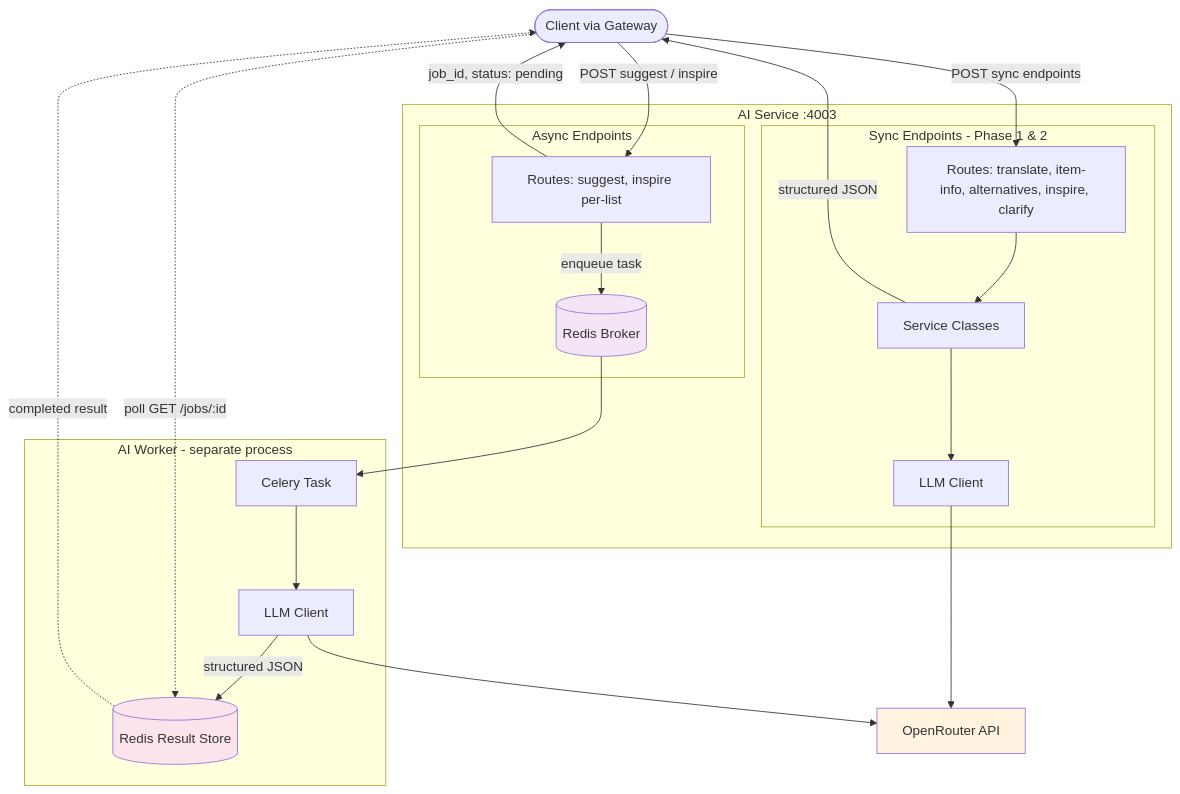
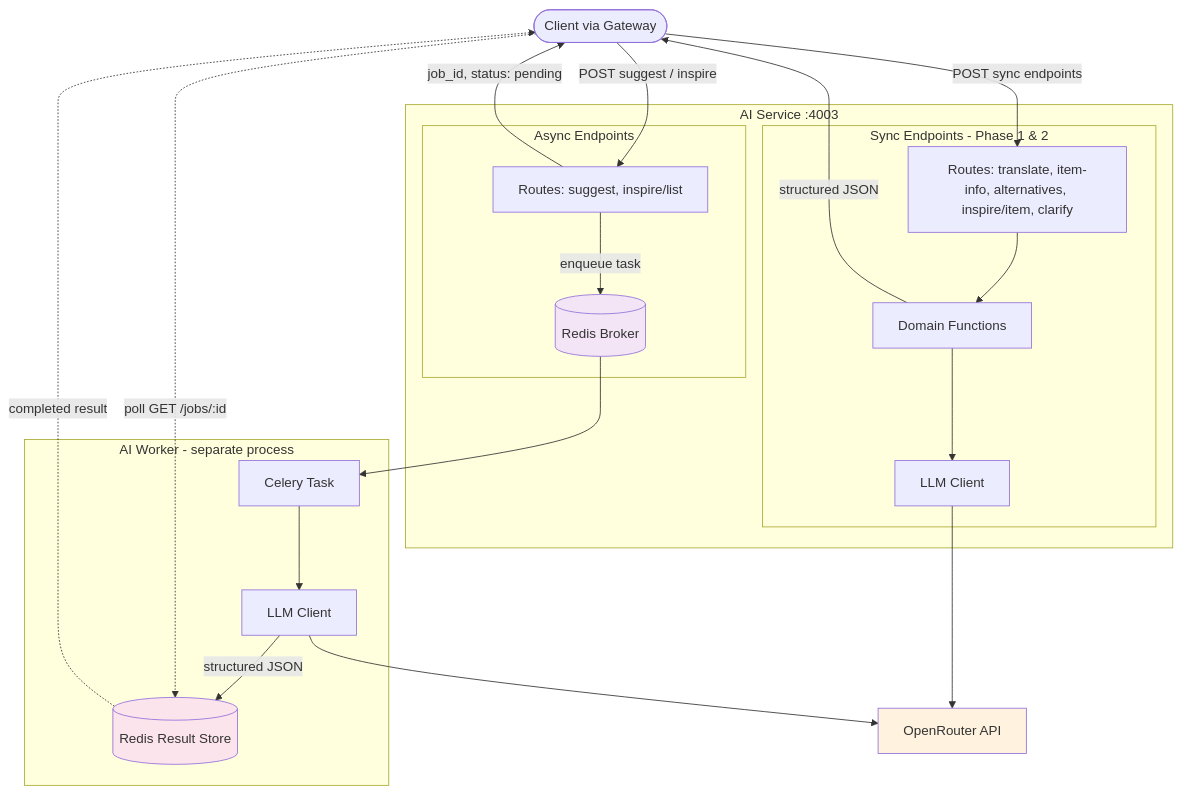
One commit to iDako7/SmartGroceryAssistant changed the first of 3 diagrams in services/ai-service/docs_AI_service/phased_plan.md. Above: the diagram before and after it, drawn with Mermaid. The commit also changed other lines of this file and 7 other files, not shown here.

````diff
--- a/services/ai-service/docs_AI_service/phased_plan.md
+++ b/services/ai-service/docs_AI_service/phased_plan.md
@@ -96,45 +109,45 @@
 ```mermaid
 graph TD
     Client([Client via Gateway])
 
     subgraph AIService[AI Service :4003]
         subgraph SyncFlow[Sync Endpoints - Phase 1 & 2]
-            SyncRoutes[Routes: translate, item-info, alternatives, inspire, clarify]
-            Services[Service Classes]
+            SyncRoutes[Routes: translate, item-info, alternatives, inspire/item, clarify]
+            DomainFns[Domain Functions]
             LLMClient[LLM Client]
 
-            SyncRoutes --> Services --> LLMClient
+            SyncRoutes --> DomainFns --> LLMClient
         end
 
         subgraph AsyncFlow[Async Endpoints]
-            AsyncRoutes[Routes: suggest, inspire per-list]
+            AsyncRoutes[Routes: suggest, inspire/list]
             CeleryBroker[(Redis Broker)]
 
             AsyncRoutes -->|enqueue task| CeleryBroker
         end
     end
 
     subgraph Worker[AI Worker - separate process]
         CeleryTask[Celery Task]
         WorkerLLM[LLM Client]
         ResultStore[(Redis Result Store)]
 
         CeleryTask --> WorkerLLM -->|structured JSON| ResultStore
     end
 
     CeleryBroker --> CeleryTask
 
     Client -->|POST sync endpoints| SyncRoutes
-    Services -->|structured JSON| Client
+    DomainFns -->|structured JSON| Client
     Client -->|POST suggest / inspire| AsyncRoutes
     AsyncRoutes -->|job_id, status: pending| Client
     Client -.->|poll GET /jobs/:id| ResultStore
     ResultStore -.->|completed result| Client
 
     LLMClient --> OpenRouter[OpenRouter API]
     WorkerLLM --> OpenRouter
 
     style CeleryBroker fill:#f3e5f5
     style ResultStore fill:#fce4ec
     style OpenRouter fill:#fff3e0
 ```
````
